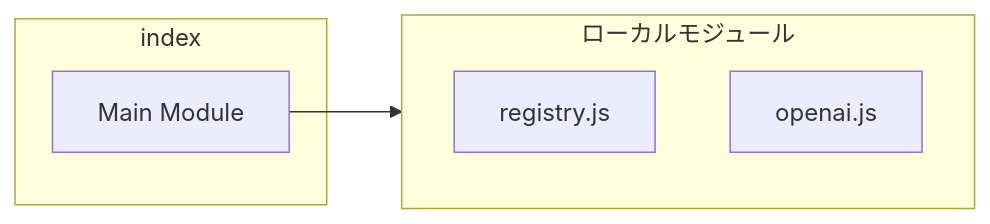
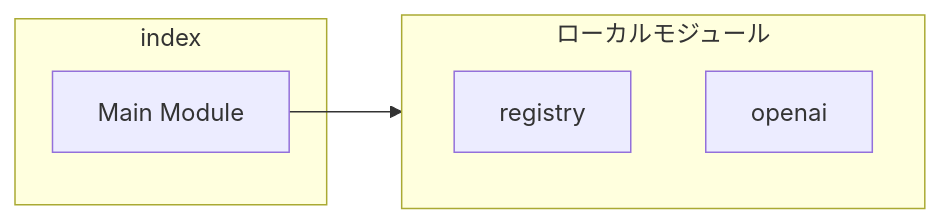
One commit to Mekann2904/mekann changed the first of 3 diagrams in ABDD/.pi/lib/embeddings/index.md. Above: the diagram before and after it, drawn with Mermaid. The commit also changed other lines of this file and 174 other files, not shown here.

First line of the commit message:
fix(docs): ABDDのMermaid図生成エラーを修正する

````diff
--- a/ABDD/.pi/lib/embeddings/index.md
+++ b/ABDD/.pi/lib/embeddings/index.md
@@ -34,11 +34,11 @@
 ```mermaid
 flowchart LR
   subgraph this[index]
     main[Main Module]
   end
   subgraph local[ローカルモジュール]
-    registry_js["registry.js"]
-    openai_js["openai.js"]
+    registry["registry"]
+    openai["openai"]
   end
   main --> local
 ```
````
